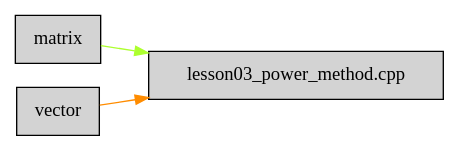
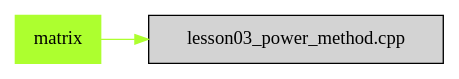
Before and after one commit to duongdo27/TrilinosConceptMap: the diagram in markdown/category_matrix.dot, drawn with Graphviz. The commit also changed 12 other files, not shown here.

```diff
--- a/markdown/category_matrix.dot
+++ b/markdown/category_matrix.dot
@@ -1,8 +1,8 @@
 digraph bettersoftware {
             rankdir = LR;
             ratio = fill;
             node [style=filled];
             node [shape = box];
 "matrix" ->  "lesson03_power_method.cpp" [colorscheme="svg" color="greenyellow"];
-"vector" ->  "lesson03_power_method.cpp" [colorscheme="svg" color="darkorange"];
+"matrix" [colorscheme="svg" color="greenyellow"];
 }
```
